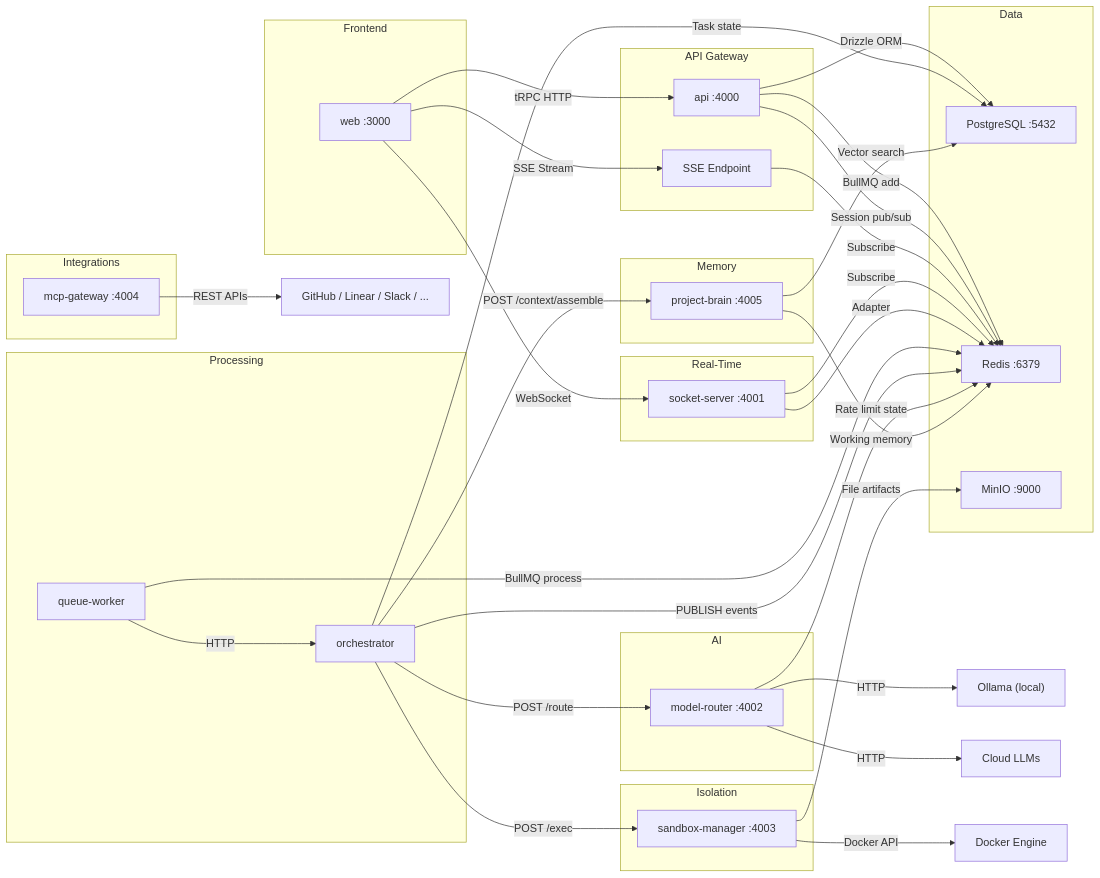
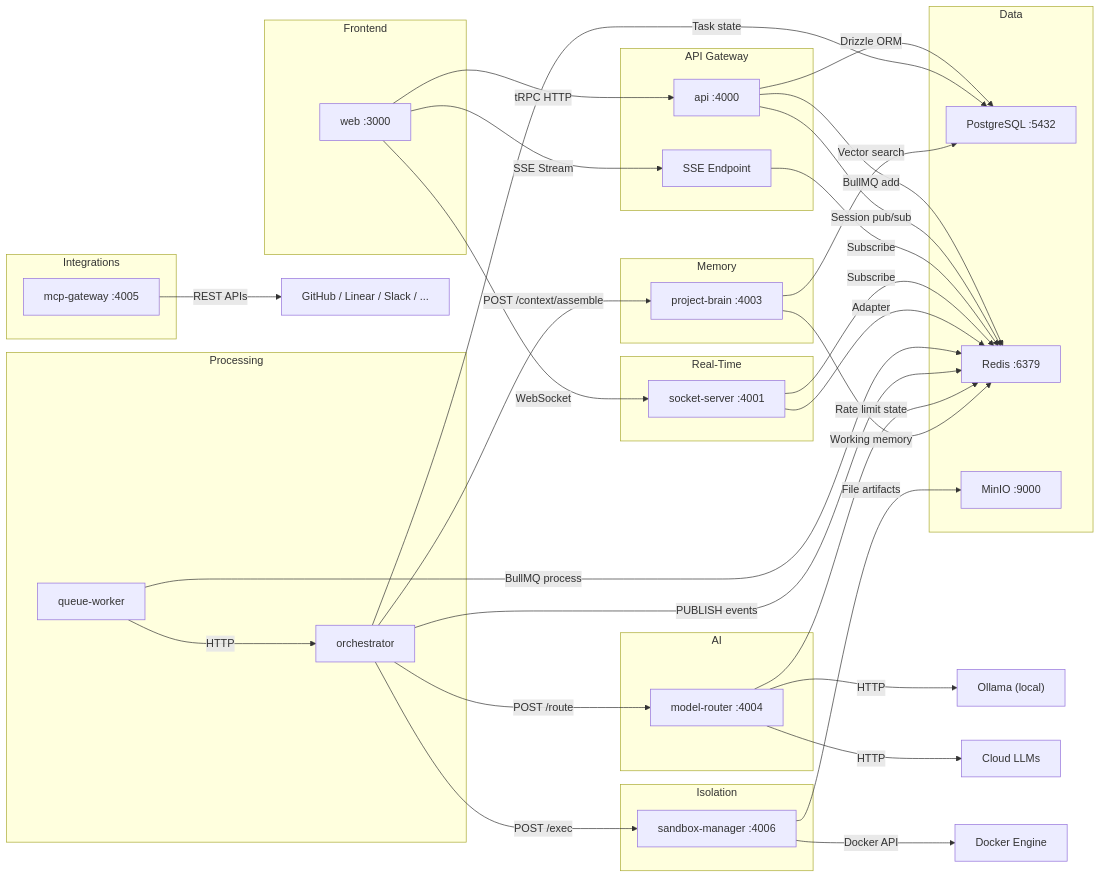
Before and after one commit to idimetrix/prometheus-ai: the third of 13 diagrams in ARCHITECTURE.md, drawn with Mermaid. The commit also changed other lines of this file and 181 other files, not shown here.

````diff
--- a/ARCHITECTURE.md
+++ b/ARCHITECTURE.md
@@ -249,76 +279,76 @@
 ```mermaid
 graph LR
     subgraph "Frontend"
         Web["web :3000"]
     end
 
     subgraph "API Gateway"
         API["api :4000"]
         SSE["SSE Endpoint"]
     end
 
     subgraph "Real-Time"
         Socket["socket-server :4001"]
     end
 
     subgraph "Processing"
         QW["queue-worker"]
         Orch["orchestrator"]
     end
 
     subgraph "AI"
-        MR["model-router :4002"]
+        MR["model-router :4004"]
     end
 
     subgraph "Isolation"
-        SM["sandbox-manager :4003"]
+        SM["sandbox-manager :4006"]
     end
 
     subgraph "Integrations"
-        MCP["mcp-gateway :4004"]
+        MCP["mcp-gateway :4005"]
     end
 
     subgraph "Memory"
-        PB["project-brain :4005"]
+        PB["project-brain :4003"]
     end
 
     subgraph "Data"
         PG["PostgreSQL :5432"]
         Redis["Redis :6379"]
         MinIO["MinIO :9000"]
     end
 
     Web -->|"tRPC HTTP"| API
     Web -->|"WebSocket"| Socket
     Web -->|"SSE Stream"| SSE
 
     API -->|"Drizzle ORM"| PG
     API -->|"BullMQ add"| Redis
     API -->|"Session pub/sub"| Redis
 
     SSE -->|"Subscribe"| Redis
 
     Socket -->|"Subscribe"| Redis
     Socket -->|"Adapter"| Redis
 
     QW -->|"BullMQ process"| Redis
     QW -->|"HTTP"| Orch
 
     Orch -->|"POST /route"| MR
     Orch -->|"POST /context/assemble"| PB
     Orch -->|"POST /exec"| SM
     Orch -->|"PUBLISH events"| Redis
     Orch -->|"Task state"| PG
 
     MR -->|"HTTP"| Ollama["Ollama (local)"]
     MR -->|"HTTP"| Cloud["Cloud LLMs"]
     MR -->|"Rate limit state"| Redis
 
     PB -->|"Vector search"| PG
     PB -->|"Working memory"| Redis
 
     SM -->|"Docker API"| Docker["Docker Engine"]
     SM -->|"File artifacts"| MinIO
 
     MCP -->|"REST APIs"| External["GitHub / Linear / Slack / ..."]
 ```
````
